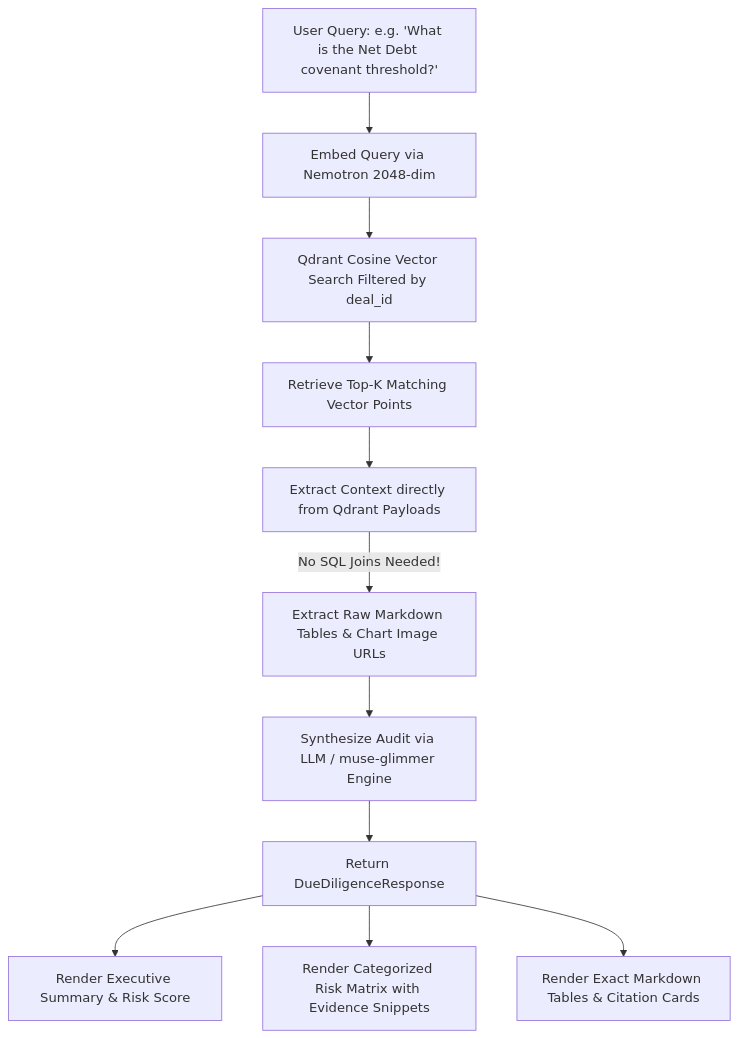
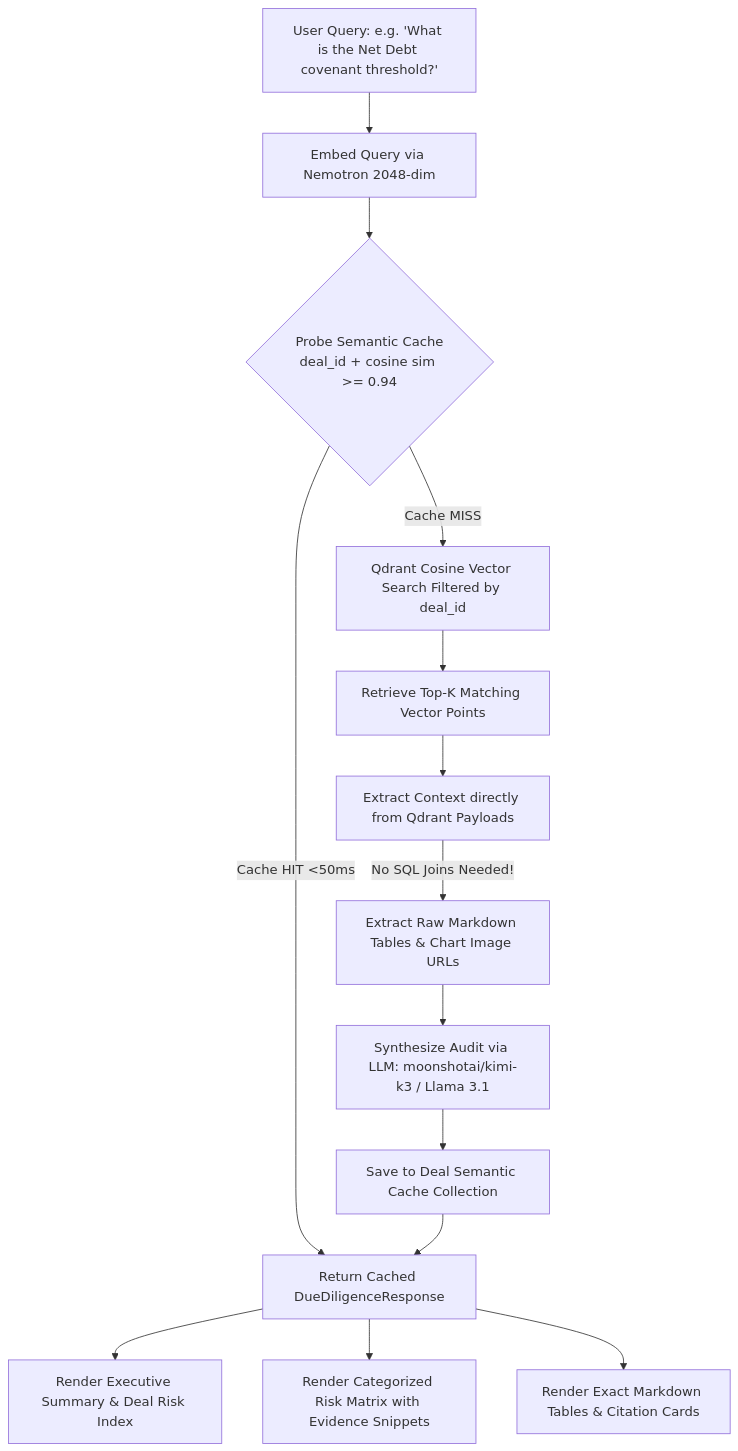
One commit to abysbyte/ledgerclue changed the second of 2 diagrams in README.md. Above: the diagram before and after it, drawn with Mermaid. The commit also changed other lines of this file and 6 other files, not shown here.

````diff
--- a/README.md
+++ b/README.md
@@ -143,16 +148,21 @@
 ```mermaid
 flowchart TD
     A[User Query: e.g. 'What is the Net Debt covenant threshold?'] --> B[Embed Query via Nemotron 2048-dim]
-    B --> C[Qdrant Cosine Vector Search Filtered by deal_id]
-    C --> D[Retrieve Top-K Matching Vector Points]
+    B --> C{Probe Semantic Cache<br/>deal_id + cosine sim >= 0.94}
     
-    D --> E[Extract Context directly from Qdrant Payloads]
-    E -->|No SQL Joins Needed!| F[Extract Raw Markdown Tables & Chart Image URLs]
+    C -- Cache HIT <50ms --> H[Return Cached DueDiligenceResponse]
     
-    F --> G[Synthesize Audit via LLM / muse-glimmer Engine]
-    G --> H[Return DueDiligenceResponse]
+    C -- Cache MISS --> D[Qdrant Cosine Vector Search Filtered by deal_id]
+    D --> E[Retrieve Top-K Matching Vector Points]
     
-    H --> I[Render Executive Summary & Risk Score]
-    H --> J[Render Categorized Risk Matrix with Evidence Snippets]
-    H --> K[Render Exact Markdown Tables & Citation Cards]
+    E --> F[Extract Context directly from Qdrant Payloads]
+    F -->|No SQL Joins Needed!| G[Extract Raw Markdown Tables & Chart Image URLs]
+    
+    G --> I[Synthesize Audit via LLM: moonshotai/kimi-k3 / Llama 3.1]
+    I --> J[Save to Deal Semantic Cache Collection]
+    J --> H
+    
+    H --> K[Render Executive Summary & Deal Risk Index]
+    H --> L[Render Categorized Risk Matrix with Evidence Snippets]
+    H --> M[Render Exact Markdown Tables & Citation Cards]
 ```
````
